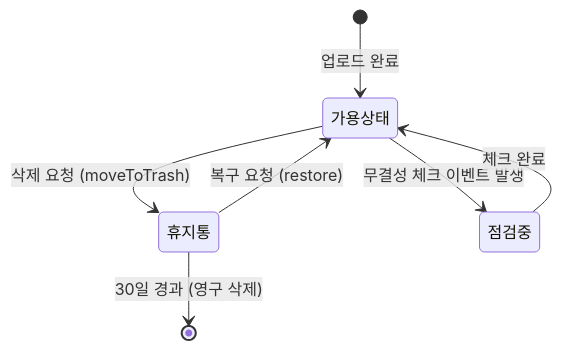
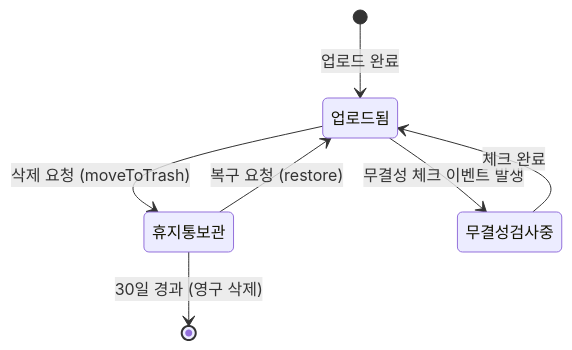
Before and after one commit to tjdbs1376/se: the fourth of 4 diagrams in doc/project_requirement_analysis.md, drawn with Mermaid. The commit also changed other lines of this file, not shown here.

Commit message:
CRC 카드 및 상태 다이어그램 일관성 보완

````diff
--- a/doc/project_requirement_analysis.md
+++ b/doc/project_requirement_analysis.md
@@ -200,10 +200,10 @@
 ```mermaid
 stateDiagram-v2
-    [*] --> 가용상태: 업로드 완료
-    가용상태 --> 휴지통: 삭제 요청 (moveToTrash)
-    휴지통 --> 가용상태: 복구 요청 (restore)
-    휴지통 --> [*]: 30일 경과 (영구 삭제)
-    가용상태 --> 점검중: 무결성 체크 이벤트 발생
-    점검중 --> 가용상태: 체크 완료
+    [*] --> 업로드됨: 업로드 완료
+    업로드됨 --> 휴지통보관: 삭제 요청 (moveToTrash)
+    휴지통보관 --> 업로드됨: 복구 요청 (restore)
+    휴지통보관 --> [*]: 30일 경과 (영구 삭제)
+    업로드됨 --> 무결성검사중: 무결성 체크 이벤트 발생
+    무결성검사중 --> 업로드됨: 체크 완료
 
 ```
````
